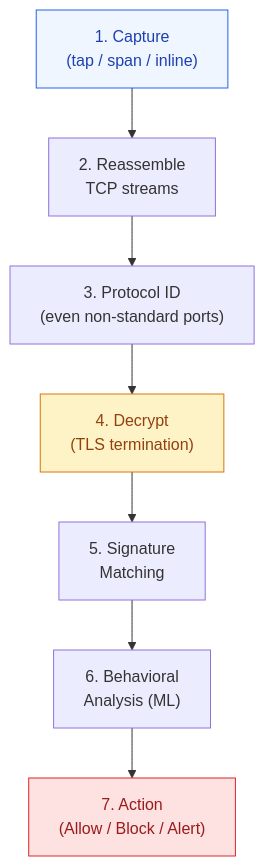
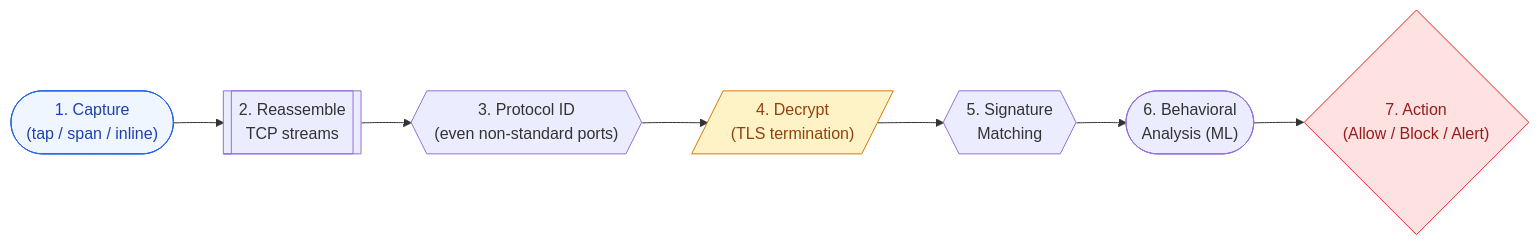
The first of 3 diagrams in docs/networks/network-security.md (saivamsikaruturi/vamsilabs-dev-notes-main), drawn with Mermaid before and after one commit. The commit also changed other lines of this file and 146 other files, not shown here.

Commit message:
Horizontal diagrams, UML class diagrams, typography overhaul, and permalink cleanup

````diff
--- a/docs/networks/network-security.md
+++ b/docs/networks/network-security.md
@@ -31,13 +31,13 @@
 ```mermaid
-flowchart TD
-    C["1. Capture\n(tap / span / inline)"] --> R["2. Reassemble\nTCP streams"]
-    R --> P["3. Protocol ID\n(even non-standard ports)"]
-    P --> D["4. Decrypt\n(TLS termination)"]
-    D --> S["5. Signature\nMatching"]
-    S --> B["6. Behavioral\nAnalysis (ML)"]
-    B --> A["7. Action\n(Allow / Block / Alert)"]
+flowchart LR
+    C(["1. Capture\n(tap / span / inline)"]) --> R[["2. Reassemble\nTCP streams"]]
+    R --> P{{"3. Protocol ID\n(even non-standard ports)"}}
+    P --> D[/"4. Decrypt\n(TLS termination)"/]
+    D --> S{{"5. Signature\nMatching"}}
+    S --> B(["6. Behavioral\nAnalysis (ML)"])
+    B --> A{"7. Action\n(Allow / Block / Alert)"}
 
     style C fill:#EFF6FF,stroke:#2563EB,color:#1E40AF
     style D fill:#FEF3C7,stroke:#D97706,color:#92400E
     style A fill:#FEE2E2,stroke:#DC2626,color:#991B1B
 ```
````
